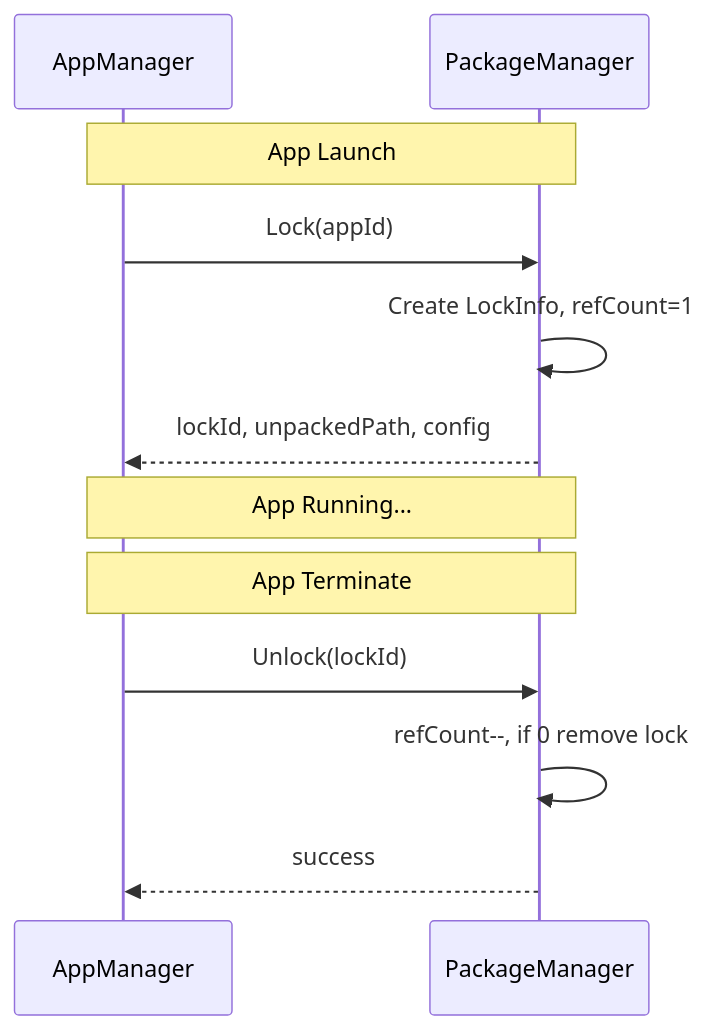
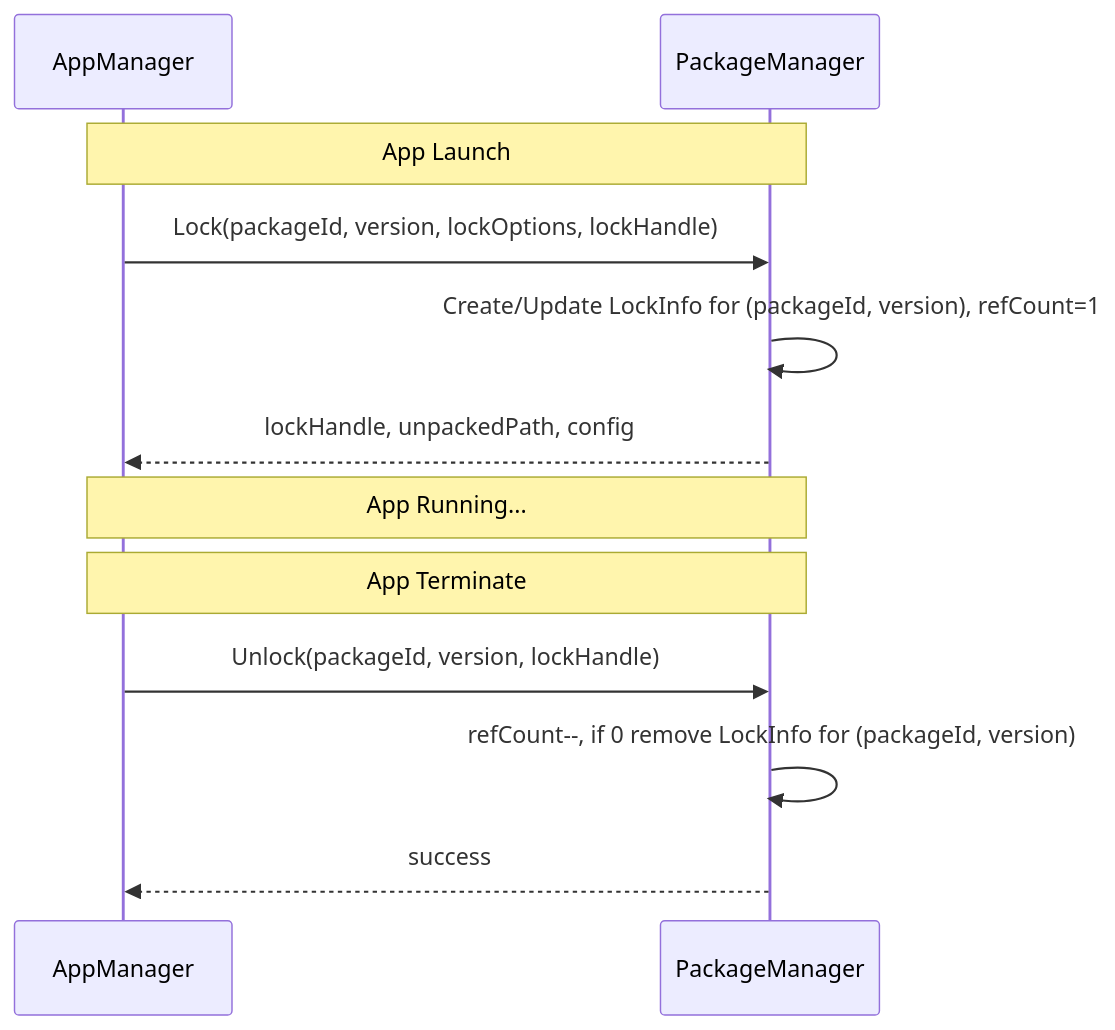
Before and after one commit to rdkcentral/entservices-appmanagers: the fourth of 5 diagrams in PackageManager/PackageManager.md, drawn with Mermaid. The commit also changed other lines of this file, not shown here.

````diff
--- a/PackageManager/PackageManager.md
+++ b/PackageManager/PackageManager.md
@@ -199,17 +199,17 @@
 ```mermaid
 sequenceDiagram
     participant AppMgr as AppManager
     participant PkgMgr as PackageManager
 
     Note over AppMgr,PkgMgr: App Launch
-    AppMgr->>PkgMgr: Lock(appId)
-    PkgMgr->>PkgMgr: Create LockInfo, refCount=1
-    PkgMgr-->>AppMgr: lockId, unpackedPath, config
+    AppMgr->>PkgMgr: Lock(packageId, version, lockOptions, lockHandle)
+    PkgMgr->>PkgMgr: Create/Update LockInfo for (packageId, version), refCount=1
+    PkgMgr-->>AppMgr: lockHandle, unpackedPath, config
 
     Note over AppMgr,PkgMgr: App Running...
 
     Note over AppMgr,PkgMgr: App Terminate
-    AppMgr->>PkgMgr: Unlock(lockId)
-    PkgMgr->>PkgMgr: refCount--, if 0 remove lock
+    AppMgr->>PkgMgr: Unlock(packageId, version, lockHandle)
+    PkgMgr->>PkgMgr: refCount--, if 0 remove LockInfo for (packageId, version)
     PkgMgr-->>AppMgr: success
 ```
````
